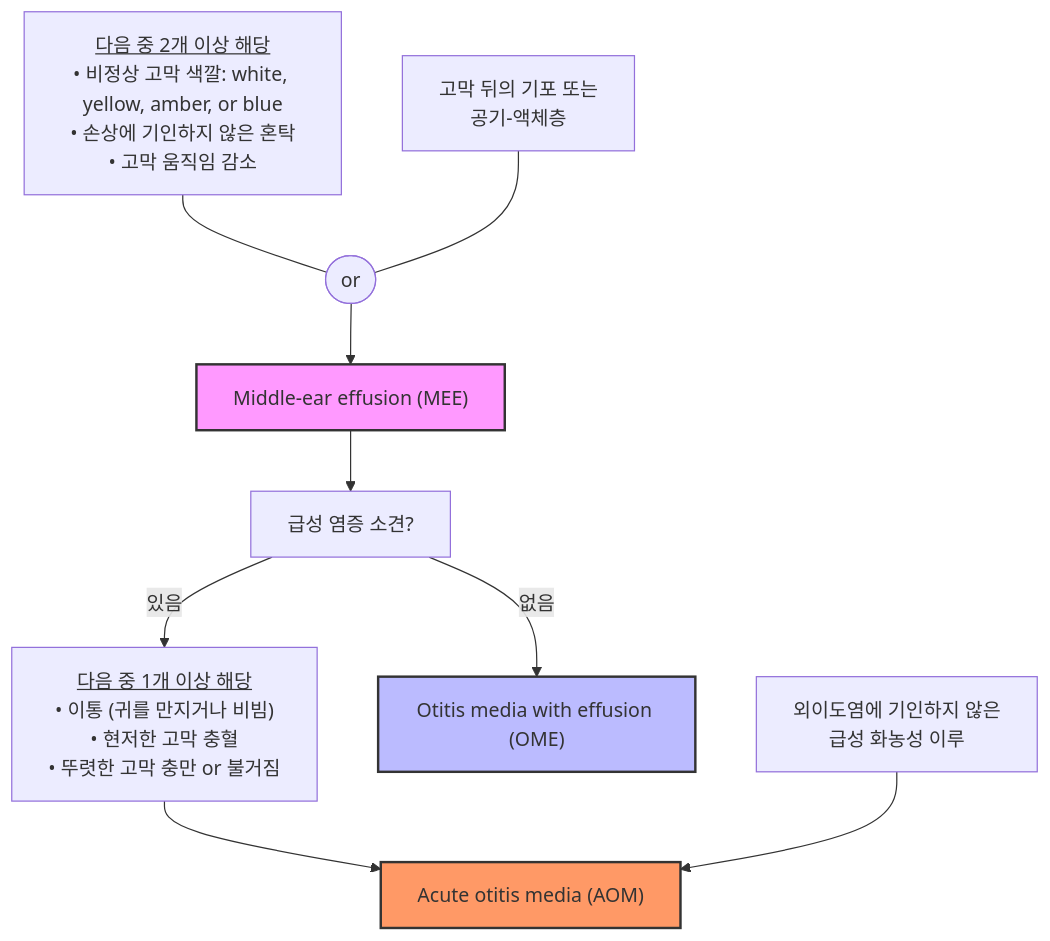
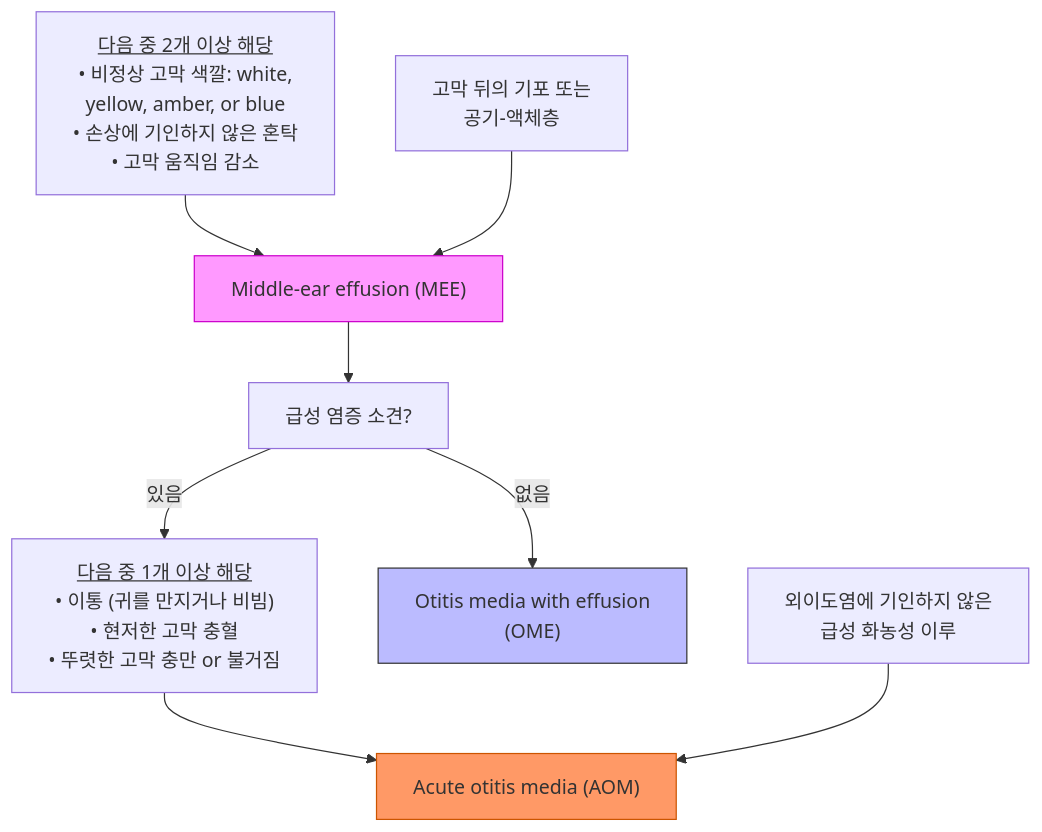
Before and after one commit to familyoh77/familyoh77: the first of 4 diagrams in 222_/048_-otitis-media.md, drawn with Mermaid. The commit also changed other lines of this file, not shown here.

````diff
--- a/222_/048_-otitis-media.md
+++ b/222_/048_-otitis-media.md
@@ -143,31 +141,30 @@
 ```mermaid
 graph TD
-    A1["<u>다음 중 2개 이상 해당</u><br/>• 비정상 고막 색깔: white, yellow, amber, or blue<br/>• 손상에 기인하지 않은 혼탁<br/>• 고막 움직임 감소"]
+    A1["<u>다음 중 2개 이상 해당</u><br/>• 비정상 고막 색깔: white, <br/>yellow, amber, or blue<br/>• 손상에 기인하지 않은 혼탁<br/>• 고막 움직임 감소"]
     A2["고막 뒤의 기포 또는<br/>공기-액체층"]
     A3["외이도염에 기인하지 않은<br/>급성 화농성 이루"]
 
     %% 진단명 박스 설정 (색상 추가)
     MEE["Middle-ear effusion (MEE)"]
-    OME["Otitis media with effusion (OME)"]
+    OME["Otitis media with effusion <br/>(OME)"]
     AOM["Acute otitis media (AOM)"]
     
-    style MEE fill:#f9f,stroke:#333,stroke-width:2px
-    style OME fill:#bbf,stroke:#333,stroke-width:2px
-    style AOM fill:#f96,stroke:#333,stroke-width:2px
+    style MEE fill:#ff99ff,stroke:#cc00cc
+    style OME fill:#bbf,stroke:#333
+    style AOM fill:#ff9966,stroke:#cc5500
 
     Inflam["급성 염증 소견?"]
     
     B1["<u>다음 중 1개 이상 해당</u><br/>• 이통 (귀를 만지거나 비빔)<br/>• 현저한 고막 충혈<br/>• 뚜렷한 고막 충만 or 불거짐"]
 
-    A1 --- OR([or])
-    A2 --- OR
-    OR --> MEE
+    A1 --> MEE
+    A2 --> MEE
     
     MEE --> Inflam
     
     Inflam -- 없음 --> OME
     Inflam -- 있음 --> B1
     
     B1 --> AOM
     A3 --> AOM
 ```
````
